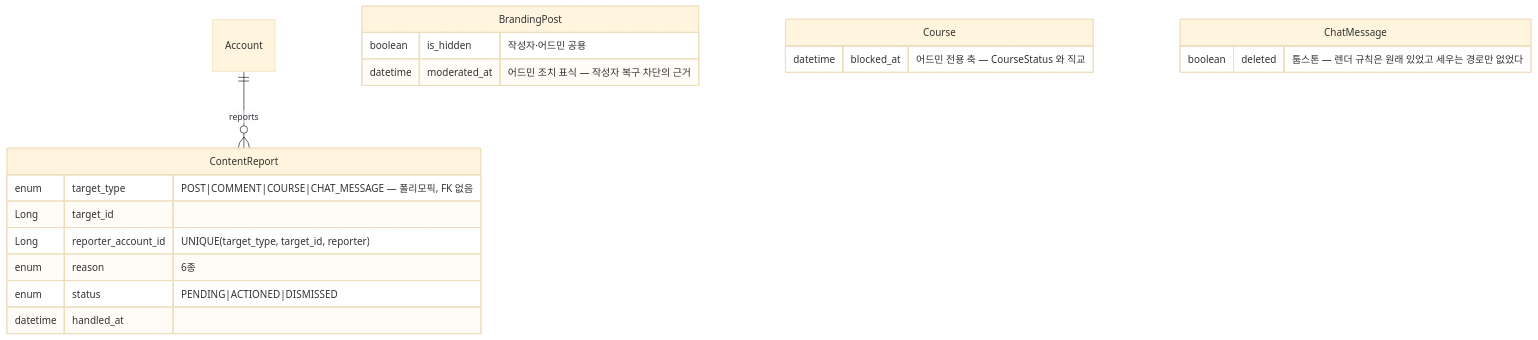
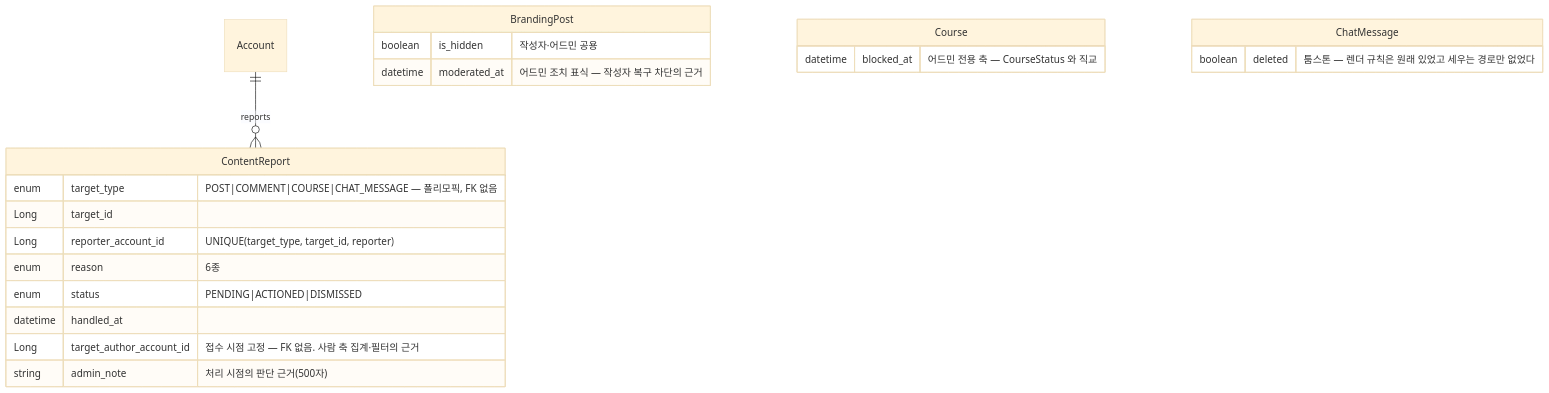
The fourth of 4 diagrams in docs/architecture/moderation.md (pungdong/Pungdong-Backend), drawn with Mermaid (base theme) before and after one commit. The commit also changed other lines of this file and 2 other files, not shown here.

````diff
--- a/docs/architecture/moderation.md
+++ b/docs/architecture/moderation.md
@@ -83,23 +85,25 @@
 ```mermaid
 erDiagram
     Account ||--o{ ContentReport : reports
 
     ContentReport {
       enum target_type "POST|COMMENT|COURSE|CHAT_MESSAGE — 폴리모픽, FK 없음"
       Long target_id
       Long reporter_account_id "UNIQUE(target_type, target_id, reporter)"
       enum reason "6종"
       enum status "PENDING|ACTIONED|DISMISSED"
       datetime handled_at
+      Long target_author_account_id "접수 시점 고정 — FK 없음. 사람 축 집계·필터의 근거"
+      string admin_note "처리 시점의 판단 근거(500자)"
     }
     BrandingPost {
       boolean is_hidden "작성자·어드민 공용"
       datetime moderated_at "어드민 조치 표식 — 작성자 복구 차단의 근거"
     }
     Course {
       datetime blocked_at "어드민 전용 축 — CourseStatus 와 직교"
     }
     ChatMessage {
       boolean deleted "툼스톤 — 렌더 규칙은 원래 있었고 세우는 경로만 없었다"
     }
 ```
````
